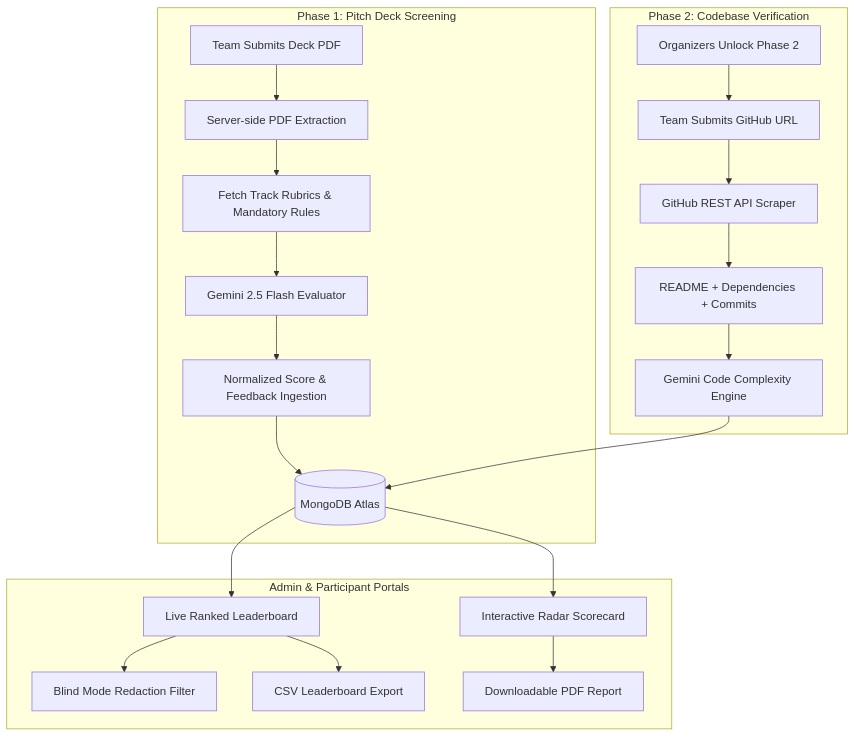
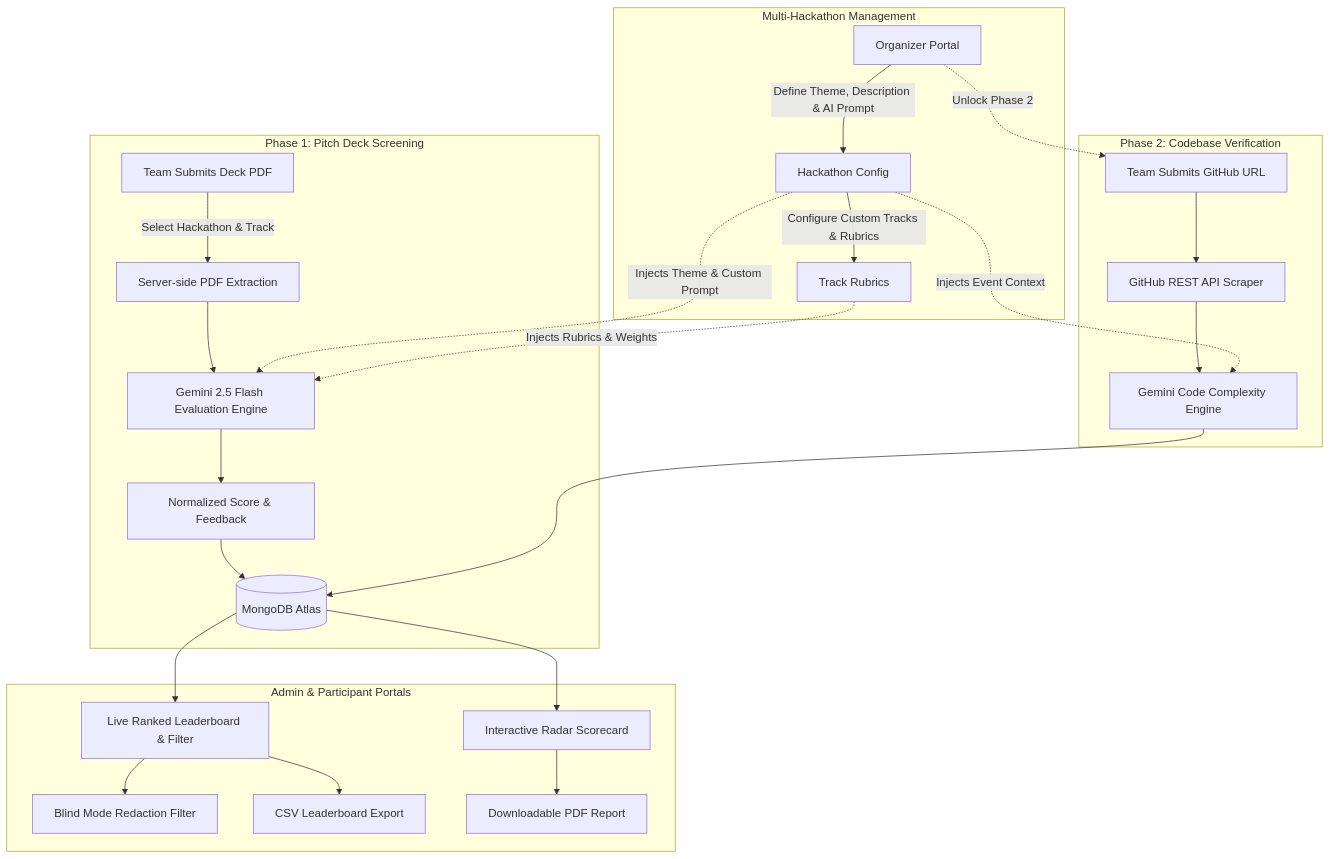
The diagram in README.md (AnshGour16/Hackathon-ATS), drawn with Mermaid before and after one commit. The commit also changed other lines of this file, not shown here.

Commit message:
docs: update documentation for multi-hackathon hub and custom AI prompts

````diff
--- a/README.md
+++ b/README.md
@@ -65,26 +71,32 @@
 ```mermaid
 flowchart TD
+    subgraph Multi-Hackathon Management
+        O[Organizer Portal] -->|Define Theme, Description & AI Prompt| H[Hackathon Config]
+        H -->|Configure Custom Tracks & Rubrics| TR[Track Rubrics]
+    end
+
     subgraph Phase 1: Pitch Deck Screening
-        A[Team Submits Deck PDF] --> B[Server-side PDF Extraction]
-        B --> C[Fetch Track Rubrics & Mandatory Rules]
-        C --> D[Gemini 2.5 Flash Evaluator]
-        D --> E[Normalized Score & Feedback Ingestion]
-        E --> F[(MongoDB Atlas)]
+        T[Team Submits Deck PDF] -->|Select Hackathon & Track| B[Server-side PDF Extraction]
+        B --> D[Gemini 2.5 Flash Evaluation Engine]
+        H -.->|Injects Theme & Custom Prompt| D
+        TR -.->|Injects Rubrics & Weights| D
+        D --> E[Normalized Score & Feedback]
+        E --> DB[(MongoDB Atlas)]
     end
 
     subgraph Phase 2: Codebase Verification
-        G[Organizers Unlock Phase 2] --> H[Team Submits GitHub URL]
-        H --> I[GitHub REST API Scraper]
-        I --> J[README + Dependencies + Commits]
-        J --> K[Gemini Code Complexity Engine]
-        K --> F
+        O -.->|Unlock Phase 2| GH_SUB[Team Submits GitHub URL]
+        GH_SUB --> GH_API[GitHub REST API Scraper]
+        GH_API --> GH_EVA[Gemini Code Complexity Engine]
+        H -.->|Injects Event Context| GH_EVA
+        GH_EVA --> DB
     end
 
     subgraph Admin & Participant Portals
-        F --> L[Live Ranked Leaderboard]
+        DB --> L[Live Ranked Leaderboard & Filter]
         L --> M[Blind Mode Redaction Filter]
         L --> N[CSV Leaderboard Export]
-        F --> O[Interactive Radar Scorecard]
-        O --> P[Downloadable PDF Report]
+        DB --> SC[Interactive Radar Scorecard]
+        SC --> PDF[Downloadable PDF Report]
     end
 ```
````
